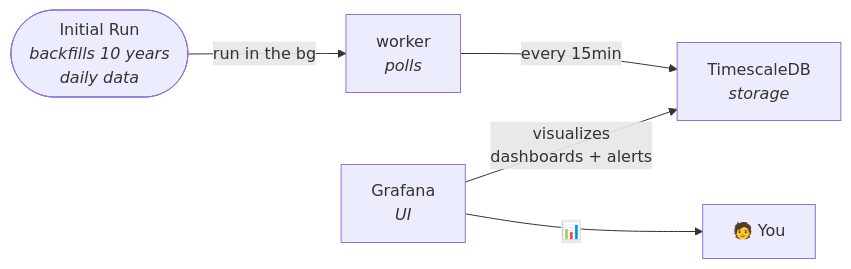
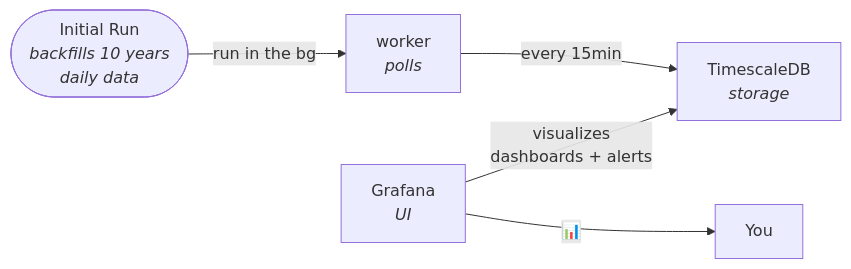
Before and after one commit to atas/markets-o11y: the diagram in README.md, drawn with Mermaid.

Commit message:
Correct minor wording in README.md for clarity in architecture diagram

````diff
--- a/README.md
+++ b/README.md
@@ -5,12 +5,12 @@
 ```mermaid
 graph LR
     I(["Initial Run<br/><i>backfills 10 years<br/>daily data</i>"])
     W["worker<br/><i>polls</i>"]
     T["TimescaleDB<br/><i>storage</i>"]
     G["Grafana<br/><i>UI</i>"]
 
     I -- "run in the bg" --> W
     W -- "every 15min" --> T
     G -- "visualizes<br/>dashboards + alerts" --> T
-    G -- "📊" --> Y["🧑 You"]
+    G -- "📊" --> Y["You"]
 ```
````
